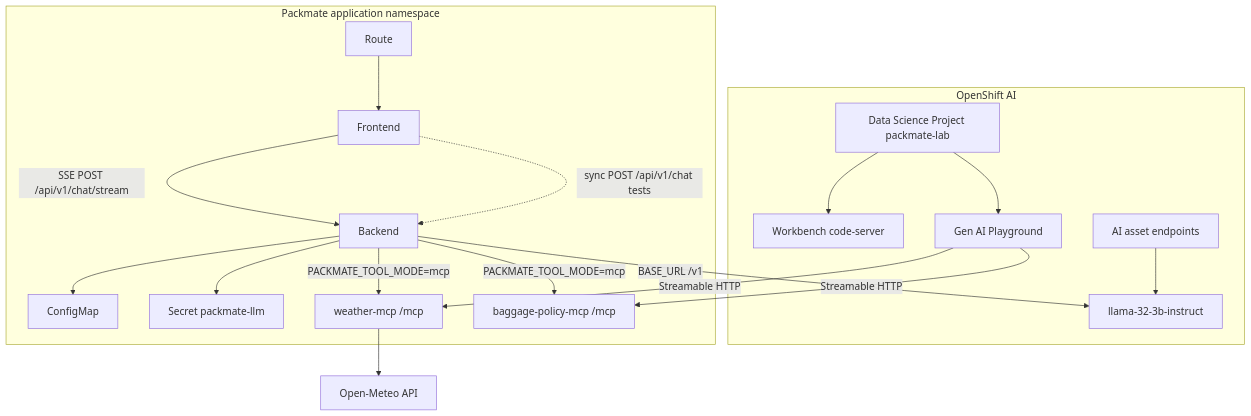
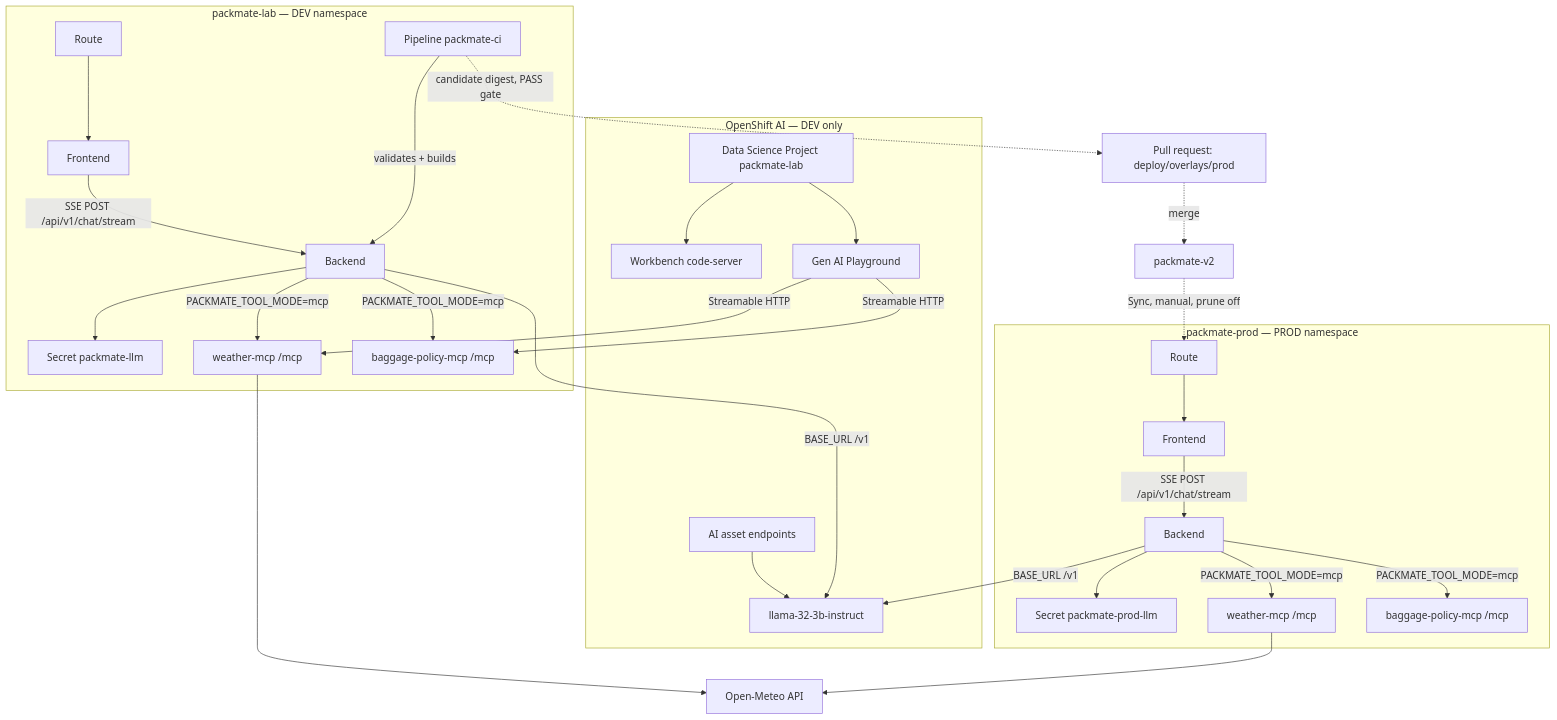
Before and after one commit to Lindagh1/packmate-agent: the first of 2 diagrams in docs/ARCHITECTURE.md, drawn with Mermaid. The commit also changed other lines of this file and 12 other files, not shown here.

Commit message:
Document Packmate DEV to PROD workflow

````diff
--- a/docs/ARCHITECTURE.md
+++ b/docs/ARCHITECTURE.md
@@ -16,27 +25,40 @@
 ```mermaid
 flowchart TB
-  subgraph oai [OpenShift AI]
+  subgraph oai [OpenShift AI — DEV only]
     DSP[Data Science Project packmate-lab]
     WB[Workbench code-server]
     Playground[Gen AI Playground]
     Assets[AI asset endpoints]
     DSP --> WB
     DSP --> Playground
     Assets --> Model[llama-32-3b-instruct]
   end
-  subgraph app [Packmate application namespace]
-    Route --> Frontend
-    Frontend -->|SSE POST /api/v1/chat/stream| Backend
-    Frontend -.->|sync POST /api/v1/chat tests| Backend
-    Backend --> ConfigMap
-    Backend --> SecretLLM[Secret packmate-llm]
+  subgraph dev [packmate-lab — DEV namespace]
+    RouteDev[Route] --> FrontendDev[Frontend]
+    FrontendDev -->|SSE POST /api/v1/chat/stream| BackendDev[Backend]
+    BackendDev --> SecretDev[Secret packmate-llm]
     WeatherMCP[weather-mcp /mcp]
     BaggageMCP[baggage-policy-mcp /mcp]
-    Backend -->|PACKMATE_TOOL_MODE=mcp| WeatherMCP
-    Backend -->|PACKMATE_TOOL_MODE=mcp| BaggageMCP
+    BackendDev -->|PACKMATE_TOOL_MODE=mcp| WeatherMCP
+    BackendDev -->|PACKMATE_TOOL_MODE=mcp| BaggageMCP
     Playground -->|Streamable HTTP| WeatherMCP
     Playground -->|Streamable HTTP| BaggageMCP
+    Pipeline[Pipeline packmate-ci] -->|validates + builds| BackendDev
   end
-  Backend -->|BASE_URL /v1| Model
+  subgraph prod [packmate-prod — PROD namespace]
+    RouteProd[Route] --> FrontendProd[Frontend]
+    FrontendProd -->|SSE POST /api/v1/chat/stream| BackendProd[Backend]
+    BackendProd --> SecretProd[Secret packmate-prod-llm]
+    WeatherMCPProd[weather-mcp /mcp]
+    BaggageMCPProd[baggage-policy-mcp /mcp]
+    BackendProd -->|PACKMATE_TOOL_MODE=mcp| WeatherMCPProd
+    BackendProd -->|PACKMATE_TOOL_MODE=mcp| BaggageMCPProd
+  end
+  BackendDev -->|BASE_URL /v1| Model
+  BackendProd -->|BASE_URL /v1| Model
   WeatherMCP --> OpenMeteo[Open-Meteo API]
+  WeatherMCPProd --> OpenMeteo
+  Pipeline -.->|"candidate digest, PASS gate"| PR[Pull request: deploy/overlays/prod]
+  PR -.->|merge| Git[packmate-v2]
+  Git -.->|Sync, manual, prune off| RouteProd
 ```
````
